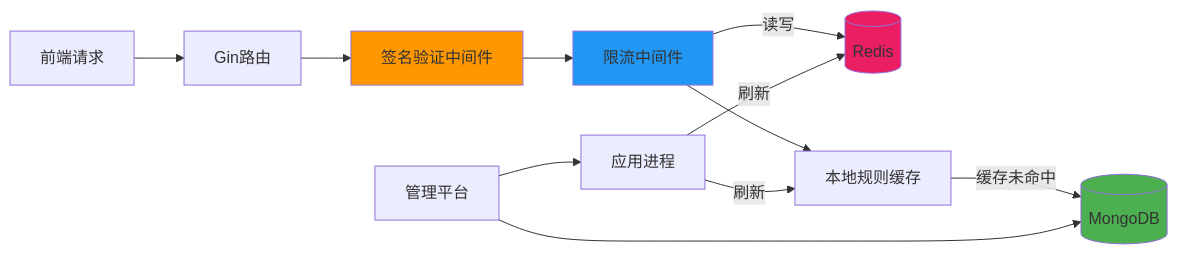
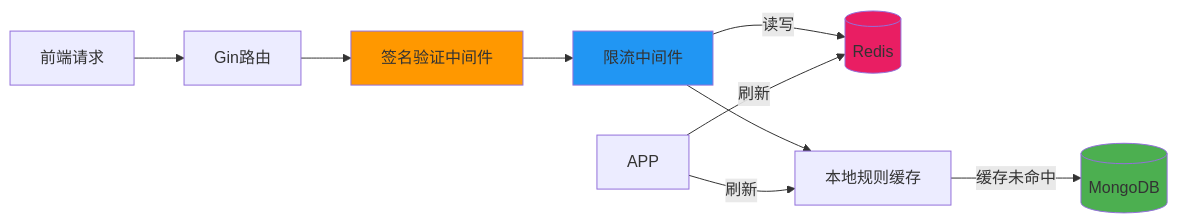
The diagram in all/未命名-2.md (yingjianzh/iodraw-files), drawn with Mermaid before and after one commit.

Commit message:
2025-10-13 16:23:35 update

````diff
--- a/all/未命名-2.md
+++ b/all/未命名-2.md
@@ -1,21 +1,21 @@
 ```mermaid
 flowchart LR
     FE[前端请求] --> GIN[Gin路由]
     GIN --> AUTH[签名验证中间件]
     AUTH --> RL[限流中间件]
     RL -->|读写| REDIS[(Redis)]
     RL --> CACHE[本地规则缓存]
     CACHE -->|缓存未命中| MONGO[(MongoDB)]
     
-    ADMIN[管理平台] --> MONGO
-    ADMIN --> APP[应用进程]
+    
+  
     APP -->|刷新| REDIS
     APP -->|刷新| CACHE
     
    
     
     style AUTH fill:#ff9800
     style RL fill:#2196f3
     style REDIS fill:#e91e63
     style MONGO fill:#4caf50
 ```
````
